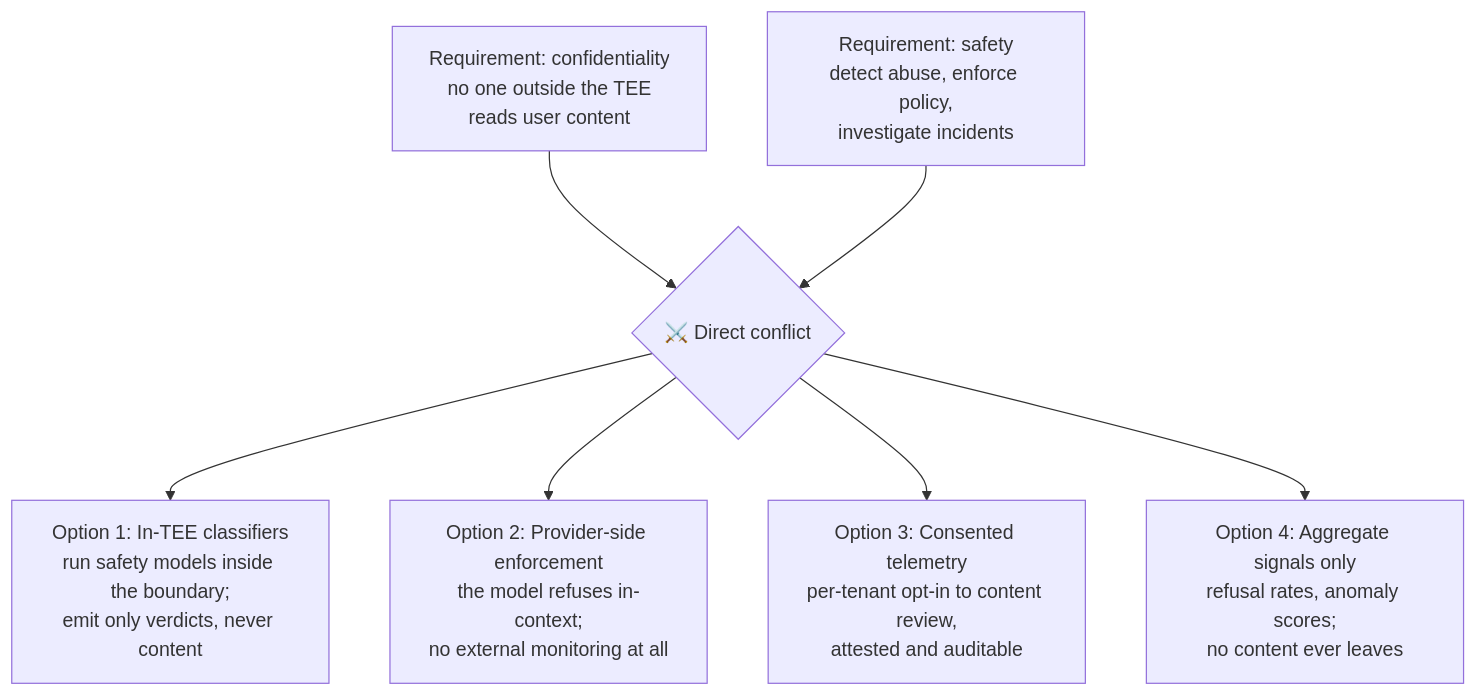
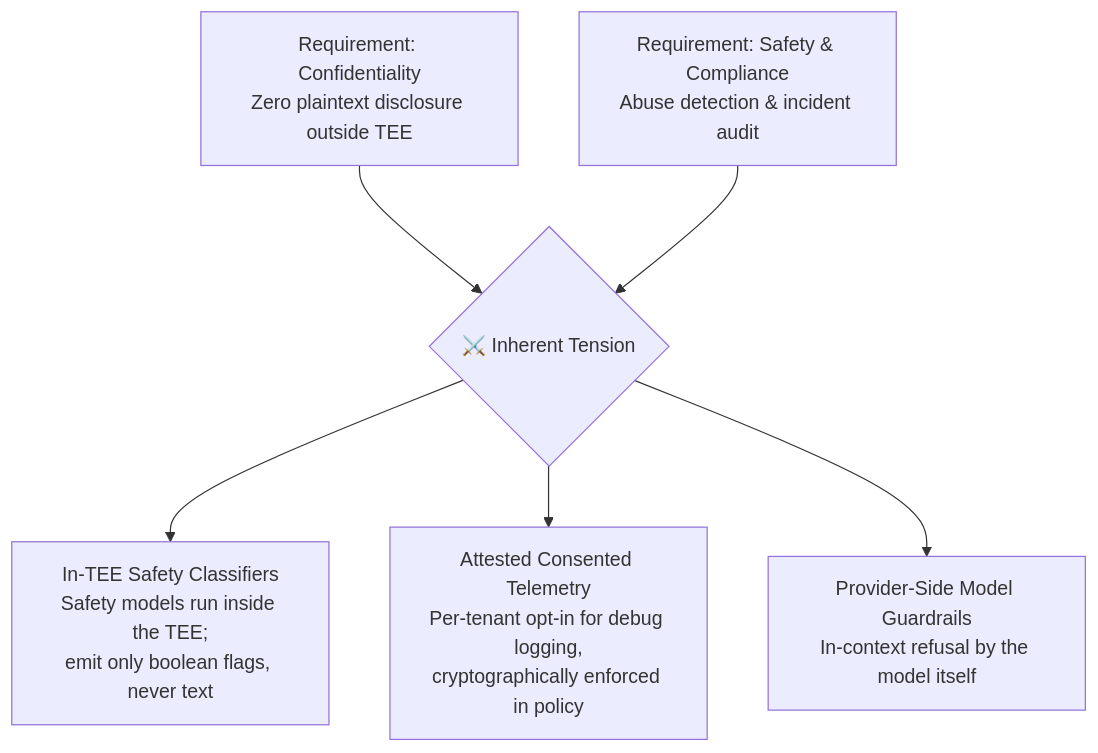
The fifth of 5 diagrams in docs/en/06_designing_confidential_llm_serving_on_gke.md (Marinette101/llm-cc-in-k8s), drawn with Mermaid before and after one commit. The commit also changed other lines of this file and 9 other files, not shown here.

Commit message:
feat: incorporate GKE Hypercluster and AI Hypercomputer architecture into confidential LLM serving docs

````diff
--- a/docs/en/06_designing_confidential_llm_serving_on_gke.md
+++ b/docs/en/06_designing_confidential_llm_serving_on_gke.md
@@ -348,10 +329,9 @@
 ```mermaid
 flowchart TD
-    A["Requirement: confidentiality<br>no one outside the TEE<br>reads user content"] --> C{"⚔️ Direct conflict"}
-    B["Requirement: safety<br>detect abuse, enforce policy,<br>investigate incidents"] --> C
+    A["Requirement: Confidentiality<br>Zero plaintext disclosure outside TEE"] --> C{"⚔️ Inherent Tension"}
+    B["Requirement: Safety & Compliance<br>Abuse detection & incident audit"] --> C
 
-    C --> D["Option 1: In-TEE classifiers<br>run safety models inside the boundary;<br>emit only verdicts, never content"]
-    C --> E["Option 2: Provider-side enforcement<br>the model refuses in-context;<br>no external monitoring at all"]
-    C --> F["Option 3: Consented telemetry<br>per-tenant opt-in to content review,<br>attested and auditable"]
-    C --> G["Option 4: Aggregate signals only<br>refusal rates, anomaly scores;<br>no content ever leaves"]
+    C --> D["In-TEE Safety Classifiers<br>Safety models run inside the TEE;<br>emit only boolean flags, never text"]
+    C --> E["Attested Consented Telemetry<br>Per-tenant opt-in for debug logging,<br>cryptographically enforced in policy"]
+    C --> F["Provider-Side Model Guardrails<br>In-context refusal by the model itself"]
 ```
````
